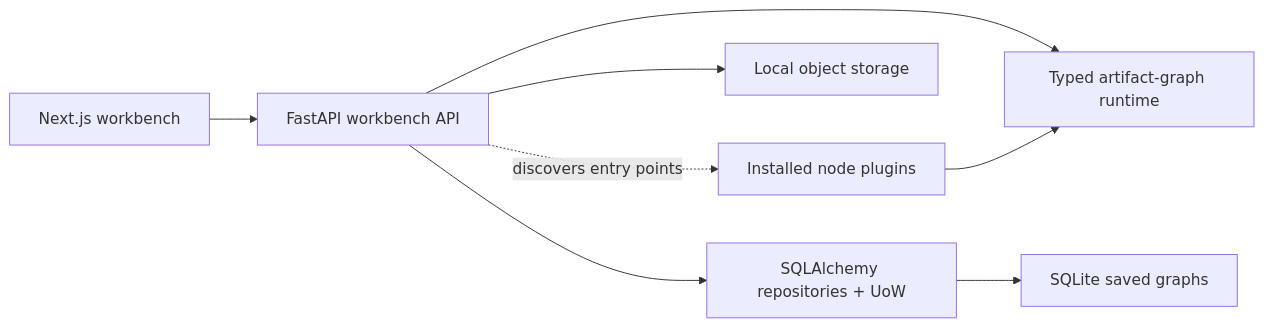
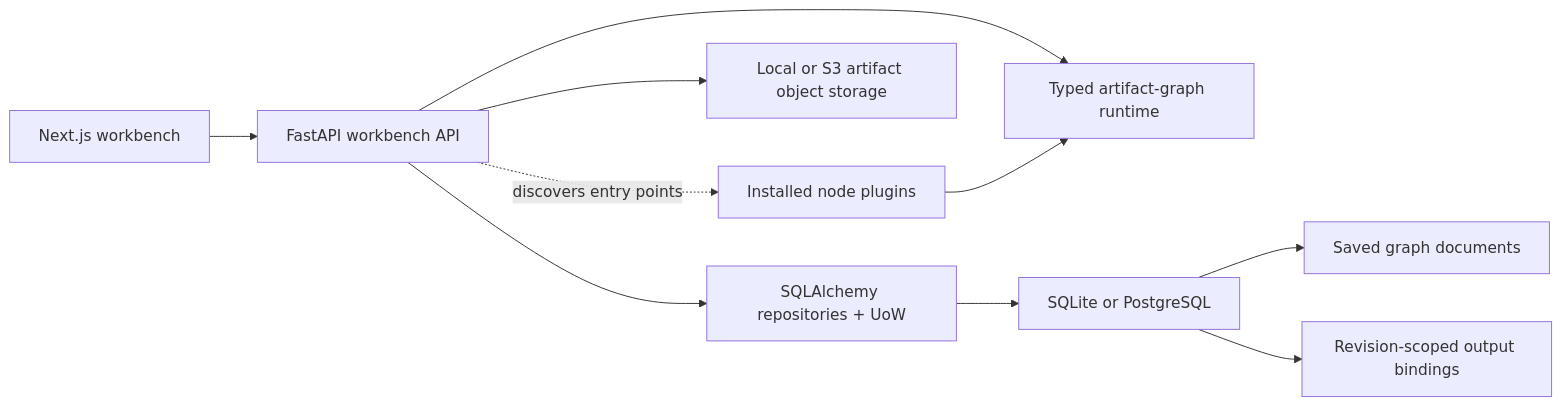
One commit to artpods56/KUL_IDUB_EcclesialSchematisms changed the diagram in README.md. Above: the diagram before and after it, drawn with Mermaid. The commit also changed other lines of this file and 35 other files, not shown here.

Commit message:
feat(workbench): reuse revision-scoped artifacts

````diff
--- a/README.md
+++ b/README.md
@@ -21,10 +23,12 @@
 ```mermaid
 flowchart LR
     Web["Next.js workbench"] --> API["FastAPI workbench API"]
     API --> Core["Typed artifact-graph runtime"]
     API --> Persistence["SQLAlchemy repositories + UoW"]
-    Persistence --> SQLite["SQLite saved graphs"]
-    API --> Storage["Local object storage"]
+    Persistence --> SQL["SQLite or PostgreSQL"]
+    SQL --> Graphs["Saved graph documents"]
+    SQL --> Bindings["Revision-scoped output bindings"]
+    API --> Storage["Local or S3 artifact object storage"]
     API -. "discovers entry points" .-> Plugins["Installed node plugins"]
     Plugins --> Core
 ```
````
